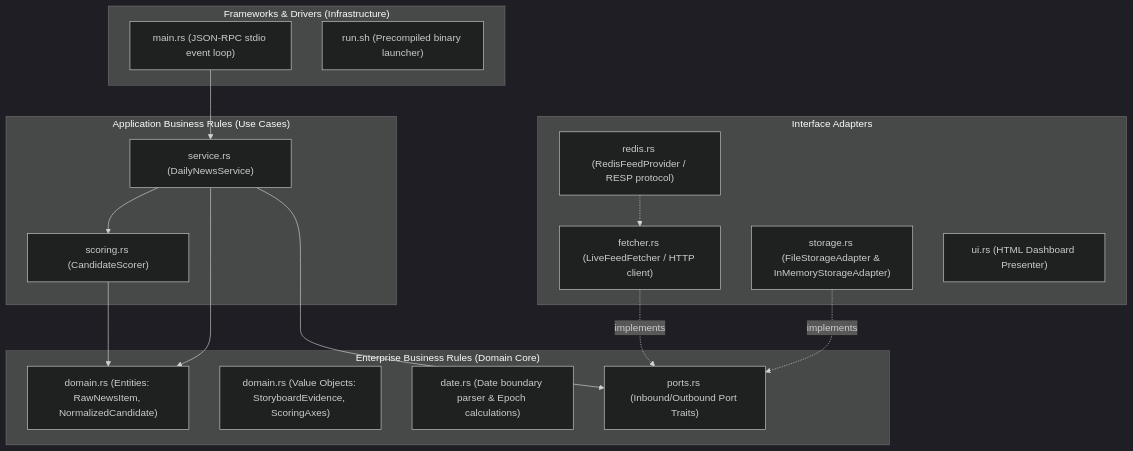
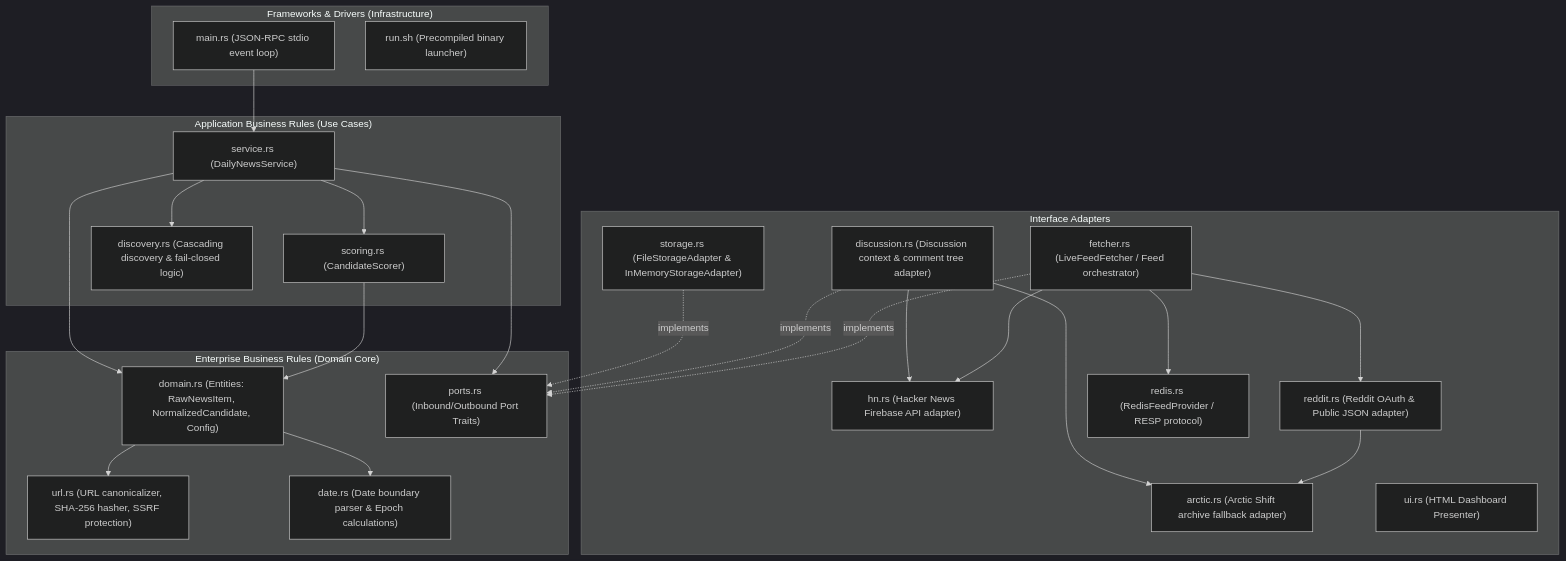
Before and after one commit to giauphan/gateway-modules: the diagram in modules/daily-news/docs/ARCHITECTURE.md, drawn with Mermaid (dark theme). The commit also changed other lines of this file and 9 other files, not shown here.

Commit message:
docs(daily-news): document module flow, add comprehensive specification, and sync version 1.5.0

````diff
--- a/modules/daily-news/docs/ARCHITECTURE.md
+++ b/modules/daily-news/docs/ARCHITECTURE.md
@@ -11,35 +11,49 @@
 ```mermaid
 flowchart TD
     subgraph L4["Frameworks & Drivers (Infrastructure)"]
         A["main.rs (JSON-RPC stdio event loop)"]
         B["run.sh (Precompiled binary launcher)"]
     end
 
     subgraph L3["Interface Adapters"]
-        C["fetcher.rs (LiveFeedFetcher / HTTP client)"]
-        D["storage.rs (FileStorageAdapter & InMemoryStorageAdapter)"]
-        E["redis.rs (RedisFeedProvider / RESP protocol)"]
-        F["ui.rs (HTML Dashboard Presenter)"]
+        C["fetcher.rs (LiveFeedFetcher / Feed orchestrator)"]
+        D["hn.rs (Hacker News Firebase API adapter)"]
+        E["reddit.rs (Reddit OAuth & Public JSON adapter)"]
+        F["arctic.rs (Arctic Shift archive fallback adapter)"]
+        G["discussion.rs (Discussion context & comment tree adapter)"]
+        H["redis.rs (RedisFeedProvider / RESP protocol)"]
+        I["storage.rs (FileStorageAdapter & InMemoryStorageAdapter)"]
+        J["ui.rs (HTML Dashboard Presenter)"]
     end
 
     subgraph L2["Application Business Rules (Use Cases)"]
-        G["service.rs (DailyNewsService)"]
-        H["scoring.rs (CandidateScorer)"]
+        K["service.rs (DailyNewsService)"]
+        L["scoring.rs (CandidateScorer)"]
+        M["discovery.rs (Cascading discovery & fail-closed logic)"]
     end
 
     subgraph L1["Enterprise Business Rules (Domain Core)"]
-        I["domain.rs (Entities: RawNewsItem, NormalizedCandidate)"]
-        J["domain.rs (Value Objects: StoryboardEvidence, ScoringAxes)"]
-        K["date.rs (Date boundary parser & Epoch calculations)"]
-        L["ports.rs (Inbound/Outbound Port Traits)"]
+        N["domain.rs (Entities: RawNewsItem, NormalizedCandidate, Config)"]
+        O["url.rs (URL canonicalizer, SHA-256 hasher, SSRF protection)"]
+        P["date.rs (Date boundary parser & Epoch calculations)"]
+        Q["ports.rs (Inbound/Outbound Port Traits)"]
     end
 
-    A --> G
-    G --> L
-    C -.->|implements| L
-    D -.->|implements| L
-    E -.-> C
-    G --> H
-    H --> I
-    G --> I
+    A --> K
+    K --> Q
+    C -.->|implements| Q
+    G -.->|implements| Q
+    I -.->|implements| Q
+    C --> D
+    C --> E
+    C --> H
+    E --> F
+    G --> D
+    G --> F
+    K --> L
+    K --> M
+    L --> N
+    K --> N
+    N --> O
+    N --> P
 ```
````
